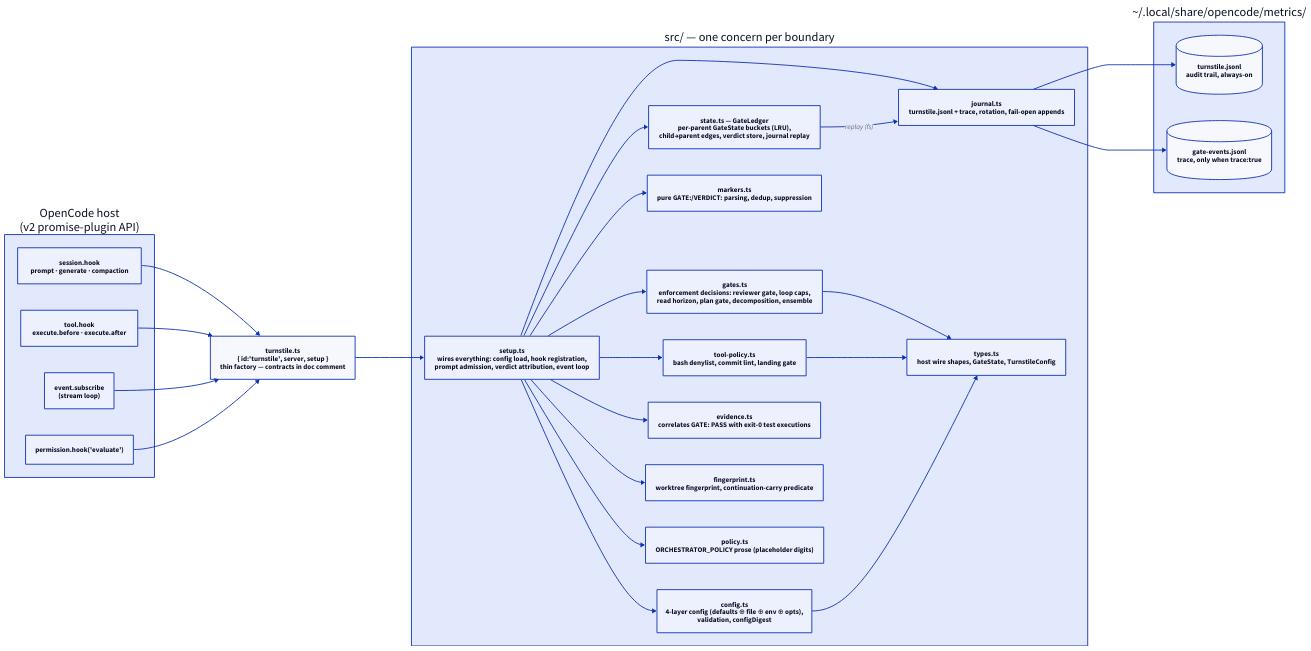
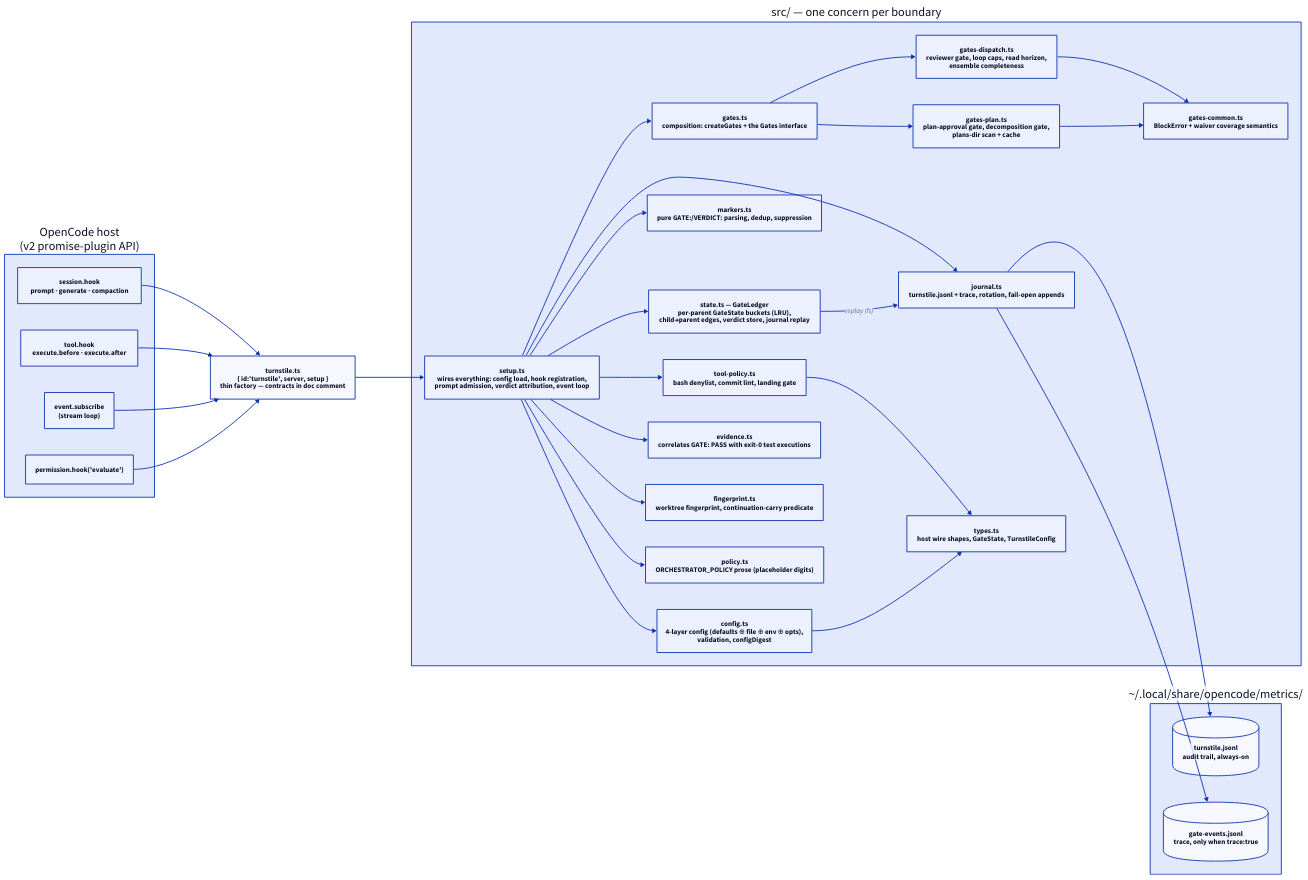
Before and after one commit to edseabolt/turnstile: the diagram in docs/diagrams/d01-modules.d2, drawn with D2. The commit also changed 4 other files, not shown here.

Commit message:
docs(gates): sync module map for the per-gate split

```diff
--- a/docs/diagrams/d01-modules.d2
+++ b/docs/diagrams/d01-modules.d2
@@ -1,58 +1,64 @@
 direction: right
 
 # Module map: curated view — key boundaries plus the setup wiring spine.
 # Not every import edge is drawn (e.g. type-only imports are shown,
 # some cross-boundary imports are omitted).
 
 host: "OpenCode host\n(v2 promise-plugin API)" {
   session-hook: "session.hook\nprompt · generate · compaction"
   tool-hook: "tool.hook\nexecute.before · execute.after"
   event-sub: "event.subscribe\n(stream loop)"
   perm-hook: "permission.hook('evaluate')"
 }
 
 entry: "turnstile.ts\n{ id:'turnstile', server, setup }\nthin factory — contracts in doc comment"
 
 core: "src/ — one concern per boundary" {
   setup: "setup.ts\nwires everything: config load, hook registration,\nprompt admission, verdict attribution, event loop"
   config: "config.ts\n4-layer config (defaults ⊕ file ⊕ env ⊕ opts),\nvalidation, configDigest"
   state: "state.ts — GateLedger\nper-parent GateState buckets (LRU),\nchild→parent edges, verdict store, journal replay"
   markers: "markers.ts\npure GATE:/VERDICT: parsing, dedup, suppression"
-  gates: "gates.ts\nenforcement decisions: reviewer gate, loop caps,\nread horizon, plan gate, decomposition, ensemble"
+  gates: "gates.ts\ncomposition: createGates + the Gates interface"
+  gatesdispatch: "gates-dispatch.ts\nreviewer gate, loop caps, read horizon,\nensemble completeness"
+  gatesplan: "gates-plan.ts\nplan-approval gate, decomposition gate,\nplans-dir scan + cache"
+  gatescommon: "gates-common.ts\nBlockError + waiver coverage semantics"
   toolpolicy: "tool-policy.ts\nbash denylist, commit lint, landing gate"
   evidence: "evidence.ts\ncorrelates GATE: PASS with exit-0 test executions"
   fingerprint: "fingerprint.ts\nworktree fingerprint, continuation-carry predicate"
   journal: "journal.ts\nturnstile.jsonl + trace, rotation, fail-open appends"
   policy: "policy.ts\nORCHESTRATOR_POLICY prose (placeholder digits)"
   types: "types.ts\nhost wire shapes, GateState, TurnstileConfig"
 }
 
 persist: "~/.local/share/opencode/metrics/" {
   jsonl: "turnstile.jsonl\naudit trail, always-on" {
     shape: cylinder
   }
   trace: "gate-events.jsonl\ntrace, only when trace:true" {
     shape: cylinder
   }
 }
 
 host.session-hook -> entry
 host.tool-hook -> entry
 host.event-sub -> entry
 host.perm-hook -> entry
 entry -> core.setup
 core.setup -> core.config
 core.setup -> core.state
 core.setup -> core.markers
 core.setup -> core.gates
 core.setup -> core.toolpolicy
 core.setup -> core.evidence
 core.setup -> core.fingerprint
 core.setup -> core.journal
 core.setup -> core.policy
 core.state -> core.journal: "replay (fs)"
 core.journal -> persist.jsonl
 core.journal -> persist.trace
-core.gates -> core.types
+core.gates -> core.gatesdispatch
+core.gates -> core.gatesplan
+core.gatesdispatch -> core.gatescommon
+core.gatesplan -> core.gatescommon
 core.toolpolicy -> core.types
 core.config -> core.types
```
